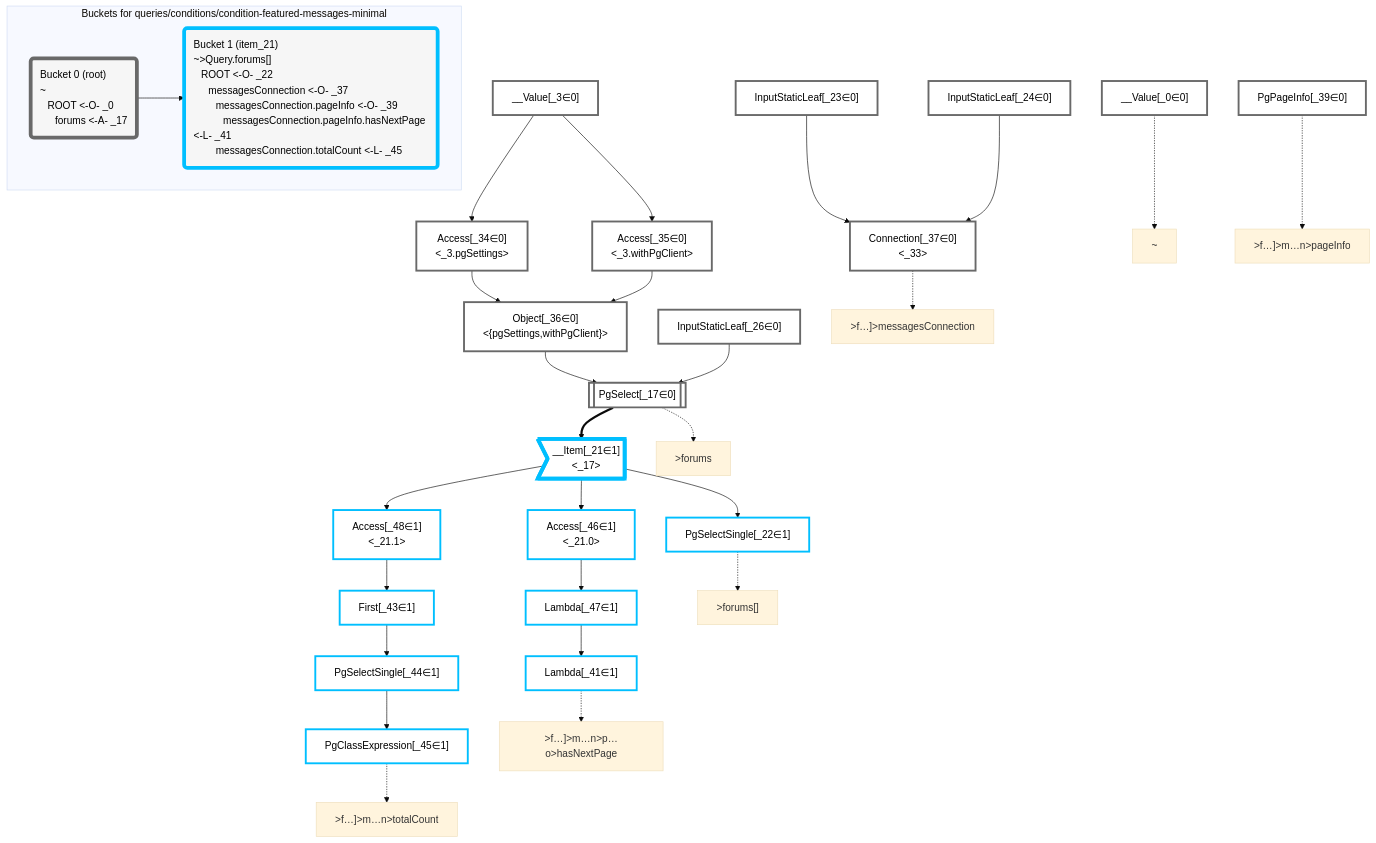
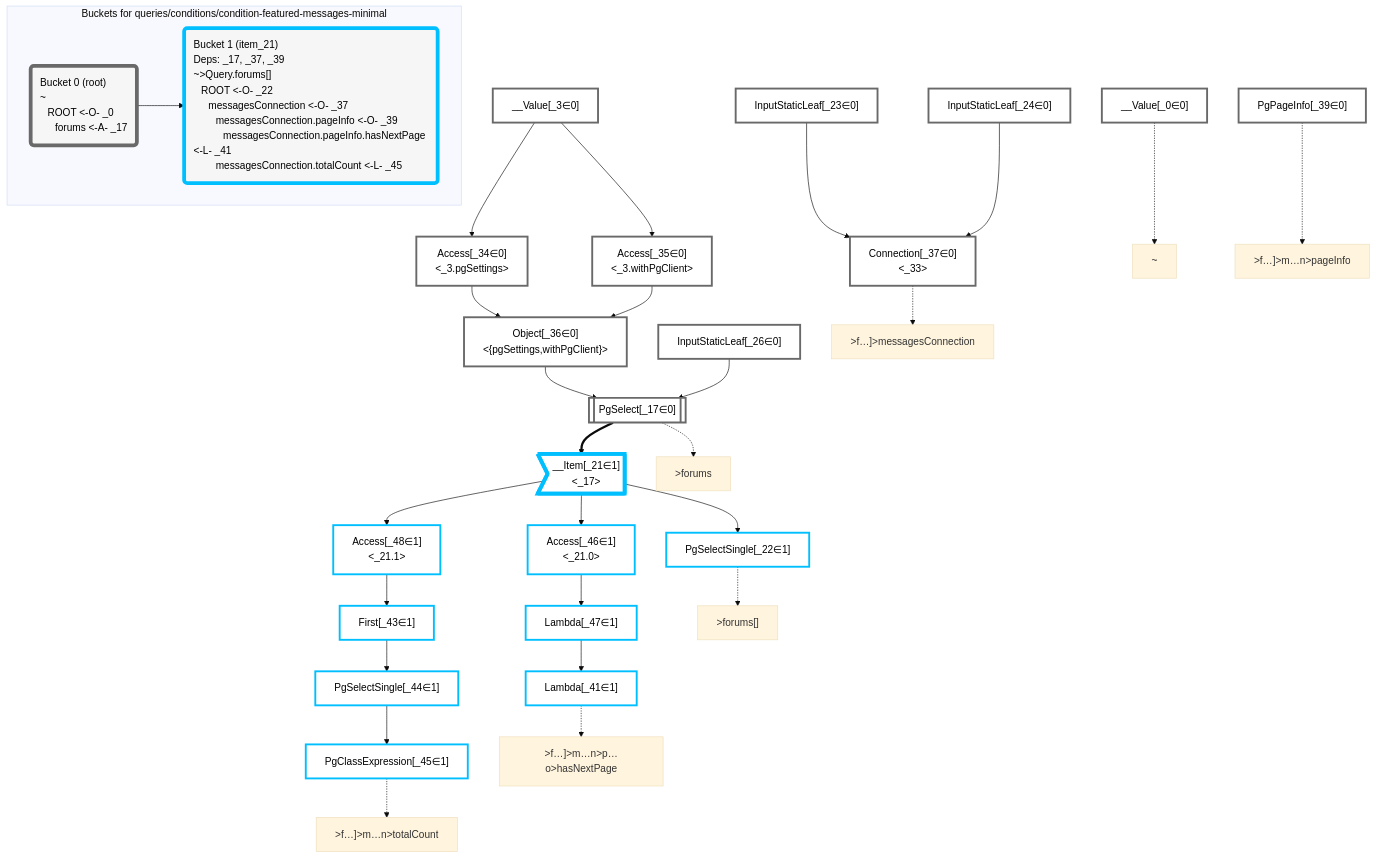
The diagram in packages/dataplan-pg/__tests__/queries/conditions/condition-featured-messages-minimal.mermaid.md (graphile/crystal), drawn with Mermaid (base theme) before and after one commit. The commit also changed 157 other files, not shown here.

Commit message:
Add deps to all query snapshots

````diff
--- a/packages/dataplan-pg/__tests__/queries/conditions/condition-featured-messages-minimal.mermaid.md
+++ b/packages/dataplan-pg/__tests__/queries/conditions/condition-featured-messages-minimal.mermaid.md
@@ -1,80 +1,80 @@
 ```mermaid
 graph TD
     classDef path fill:#eee,stroke:#000,color:#000
     classDef plan fill:#fff,stroke-width:3px,color:#000
     classDef itemplan fill:#fff,stroke-width:6px,color:#000
     classDef sideeffectplan fill:#f00,stroke-width:6px,color:#000
     classDef bucket fill:#f6f6f6,color:#000,stroke-width:6px,text-align:left
 
 
     %% define plans
     __Value_0["__Value[_0∈0]"]:::plan
     __Value_3["__Value[_3∈0]<br /><context>"]:::plan
     PgSelect_17[["PgSelect[_17∈0]<br /><forums>"]]:::plan
     __Item_21>"__Item[_21∈1]<br /><_17>"]:::itemplan
     PgSelectSingle_22["PgSelectSingle[_22∈1]<br /><forums>"]:::plan
     InputStaticLeaf_23["InputStaticLeaf[_23∈0]"]:::plan
     InputStaticLeaf_24["InputStaticLeaf[_24∈0]"]:::plan
     InputStaticLeaf_26["InputStaticLeaf[_26∈0]"]:::plan
     Access_34["Access[_34∈0]<br /><_3.pgSettings>"]:::plan
     Access_35["Access[_35∈0]<br /><_3.withPgClient>"]:::plan
     Object_36["Object[_36∈0]<br /><{pgSettings,withPgClient}>"]:::plan
     Connection_37["Connection[_37∈0]<br /><_33>"]:::plan
     PgPageInfo_39["PgPageInfo[_39∈0]"]:::plan
     Lambda_41["Lambda[_41∈1]<br /><listHasMore>"]:::plan
     First_43["First[_43∈1]"]:::plan
     PgSelectSingle_44["PgSelectSingle[_44∈1]<br /><messages>"]:::plan
     PgClassExpression_45["PgClassExpression[_45∈1]<br /><count(*)>"]:::plan
     Access_46["Access[_46∈1]<br /><_21.0>"]:::plan
     Lambda_47["Lambda[_47∈1]"]:::plan
     Access_48["Access[_48∈1]<br /><_21.1>"]:::plan
 
     %% plan dependencies
     Object_36 --> PgSelect_17
     InputStaticLeaf_26 --> PgSelect_17
     PgSelect_17 ==> __Item_21
     __Item_21 --> PgSelectSingle_22
     __Value_3 --> Access_34
     __Value_3 --> Access_35
     Access_34 --> Object_36
     Access_35 --> Object_36
     InputStaticLeaf_23 --> Connection_37
     InputStaticLeaf_24 --> Connection_37
     Lambda_47 --> Lambda_41
     Access_48 --> First_43
     First_43 --> PgSelectSingle_44
     PgSelectSingle_44 --> PgClassExpression_45
     __Item_21 --> Access_46
     Access_46 --> Lambda_47
     __Item_21 --> Access_48
 
     %% plan-to-path relationships
     P_0["~"]
     __Value_0 -.-> P_0
     P_17[">forums"]
     PgSelect_17 -.-> P_17
     P_22[">forums[]"]
     PgSelectSingle_22 -.-> P_22
     P_37[">f…]>messagesConnection"]
     Connection_37 -.-> P_37
     P_39[">f…]>m…n>pageInfo"]
     PgPageInfo_39 -.-> P_39
     P_41[">f…]>m…n>p…o>hasNextPage"]
     Lambda_41 -.-> P_41
     P_45[">f…]>m…n>totalCount"]
     PgClassExpression_45 -.-> P_45
 
     %% allocate buckets
     classDef bucket0 stroke:#696969
     class __Value_0,__Value_3,PgSelect_17,InputStaticLeaf_23,InputStaticLeaf_24,InputStaticLeaf_26,Access_34,Access_35,Object_36,Connection_37,PgPageInfo_39 bucket0
     classDef bucket1 stroke:#00bfff
     class __Item_21,PgSelectSingle_22,Lambda_41,First_43,PgSelectSingle_44,PgClassExpression_45,Access_46,Lambda_47,Access_48 bucket1
 
     subgraph "Buckets for queries/conditions/condition-featured-messages-minimal"
     Bucket0("Bucket 0 (root)<br />~<br />⠀ROOT <-O- _0<br />⠀⠀forums <-A- _17"):::bucket
     style Bucket0 stroke:#696969
-    Bucket1("Bucket 1 (item_21)<br />~>Query.forums[]<br />⠀ROOT <-O- _22<br />⠀⠀messagesConnection <-O- _37<br />⠀⠀⠀messagesConnection.pageInfo <-O- _39<br />⠀⠀⠀⠀messagesConnection.pageInfo.hasNextPage <-L- _41<br />⠀⠀⠀messagesConnection.totalCount <-L- _45"):::bucket
+    Bucket1("Bucket 1 (item_21)<br />Deps: _17, _37, _39<br />~>Query.forums[]<br />⠀ROOT <-O- _22<br />⠀⠀messagesConnection <-O- _37<br />⠀⠀⠀messagesConnection.pageInfo <-O- _39<br />⠀⠀⠀⠀messagesConnection.pageInfo.hasNextPage <-L- _41<br />⠀⠀⠀messagesConnection.totalCount <-L- _45"):::bucket
     style Bucket1 stroke:#00bfff
     Bucket0 --> Bucket1
     end
 ```
````
